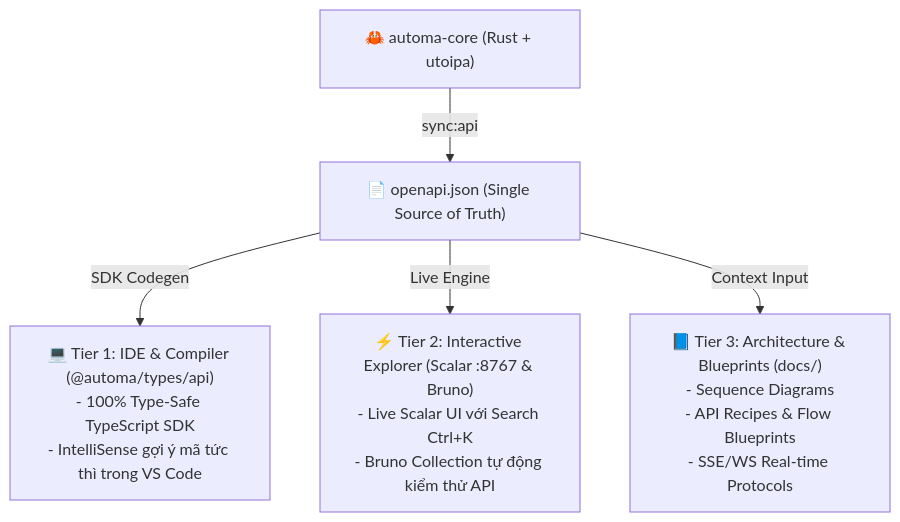
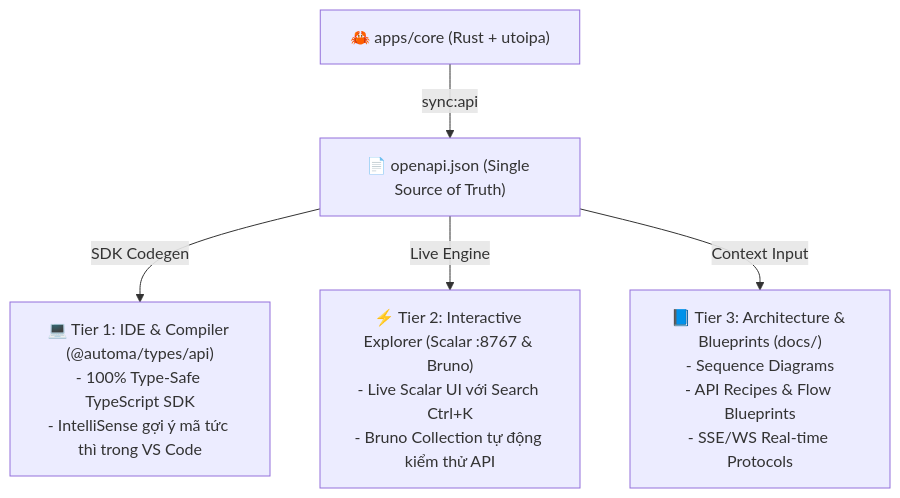
Before and after one commit to tuquet/automa: the second of 2 diagrams in docs/README.md, drawn with Mermaid. The commit also changed other lines of this file and 48 other files, not shown here.

````diff
--- a/docs/README.md
+++ b/docs/README.md
@@ -127,8 +127,8 @@
 ```mermaid
 graph TD
-    Rust["🦀 automa-core (Rust + utoipa)"] -->|sync:api| Spec["📄 openapi.json (Single Source of Truth)"]
+    Rust["🦀 apps/core (Rust + utoipa)"] -->|sync:api| Spec["📄 openapi.json (Single Source of Truth)"]
     
     Spec -->|SDK Codegen| Tier1["💻 Tier 1: IDE & Compiler (@automa/types/api)<br/>- 100% Type-Safe TypeScript SDK<br/>- IntelliSense gợi ý mã tức thì trong VS Code"]
     Spec -->|Live Engine| Tier2["⚡ Tier 2: Interactive Explorer (Scalar :8767 & Bruno)<br/>- Live Scalar UI với Search Ctrl+K<br/>- Bruno Collection tự động kiểm thử API"]
     Spec -->|Context Input| Tier3["📘 Tier 3: Architecture & Blueprints (docs/)<br/>- Sequence Diagrams<br/>- API Recipes & Flow Blueprints<br/>- SSE/WS Real-time Protocols"]
 ```
````
